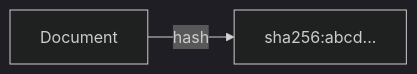
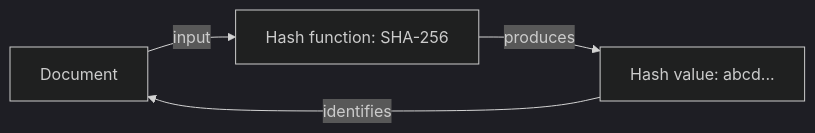
The first of 8 diagrams in todo/sergey/disot/README.md (functionalscript/functionalscript), drawn with Mermaid (dark theme) before and after one commit. The commit also changed other lines of this file, not shown here.

Commit message:
docs: distinguish hash computation from document identification

````diff
--- a/todo/sergey/disot/README.md
+++ b/todo/sergey/disot/README.md
@@ -9,4 +9,6 @@
 ```mermaid
 flowchart LR
-    A["Document"] -->|hash| H["sha256:abcd..."]
+    D["Document"] -->|input| F["Hash function: SHA-256"]
+    F -->|produces| H["Hash value: abcd..."]
+    H -->|identifies| D
 ```
````
